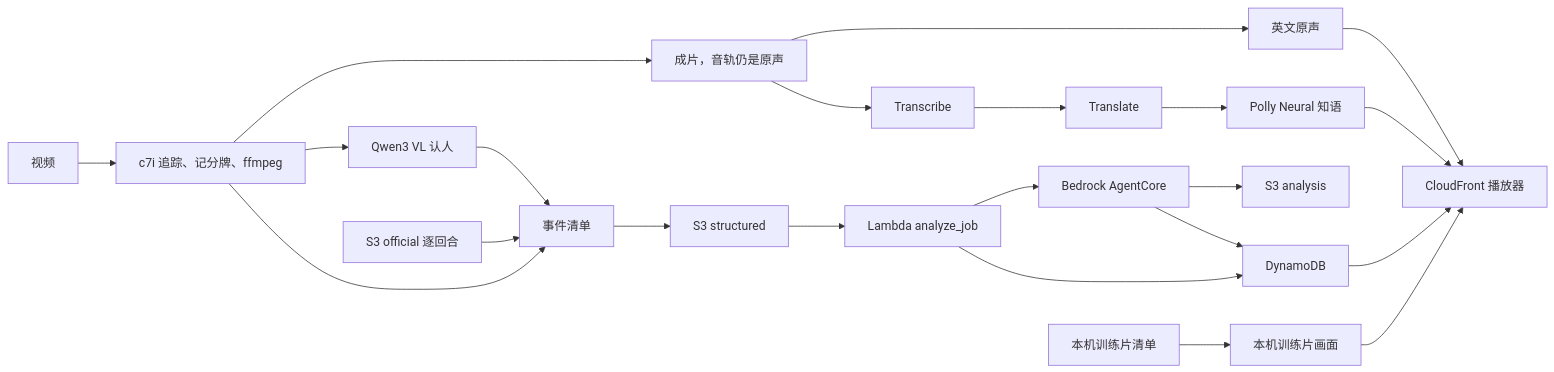
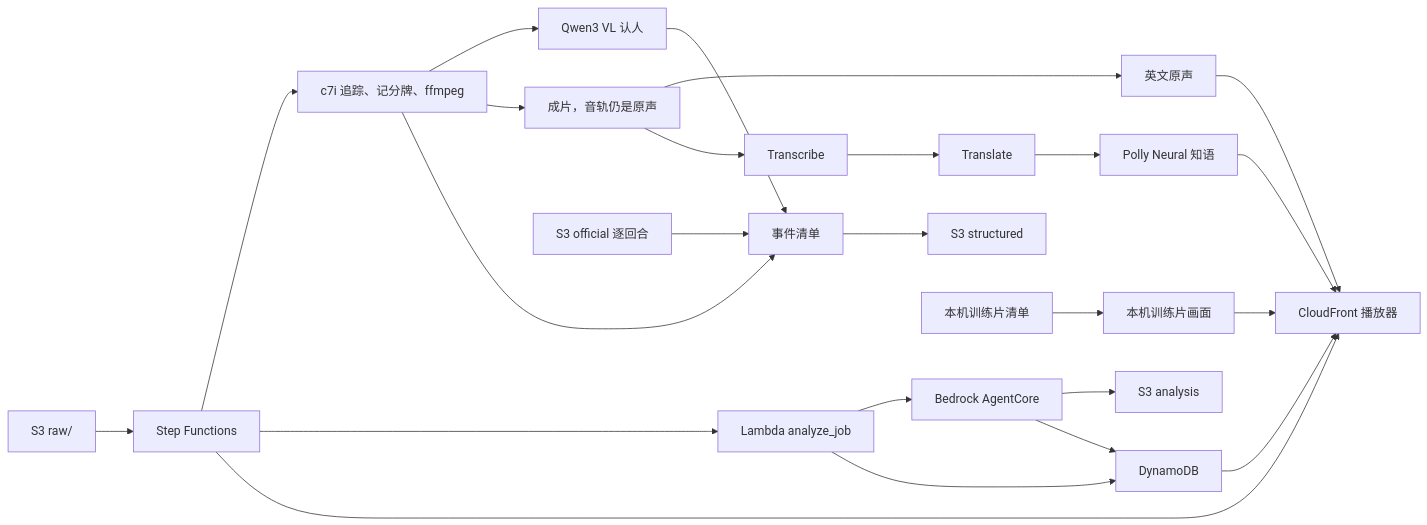
The diagram in docs/pipeline-map.md (Max-lzp/Agent-NBA), drawn with Mermaid before and after one commit. The commit also changed other lines of this file and 9 other files, not shown here.

First line of the commit message:
feat: Step Functions 编排整条流程，CDK 一键重跑 (#32)

````diff
--- a/docs/pipeline-map.md
+++ b/docs/pipeline-map.md
@@ -8,24 +8,26 @@
 ```mermaid
 flowchart LR
-  video[视频] --> machine[c7i 追踪、记分牌、ffmpeg]
+  upload[S3 raw/] --> sfn[Step Functions]
+  sfn --> machine[c7i 追踪、记分牌、ffmpeg]
   machine --> textract[Qwen3 VL 认人]
   machine --> film[成片，音轨仍是原声]
   film --> en[英文原声]
   film --> asr[Transcribe]
   asr --> zhwords[Translate]
   zhwords --> polly[Polly Neural 知语]
   en --> page[CloudFront 播放器]
   polly --> page
   textract --> stream[事件清单]
   officials3[S3 official 逐回合] --> stream
   machine --> stream
   stream --> s3[S3 structured]
-  s3 --> analyze[Lambda analyze_job]
+  sfn --> analyze[Lambda analyze_job]
   analyze --> agent[Bedrock AgentCore]
   agent --> analysis[S3 analysis]
   agent --> ddb[DynamoDB]
   analyze --> ddb
   ddb --> page
+  sfn --> page
   localstream[本机训练片清单] --> cut[本机训练片画面]
   cut --> page
 ```
````
